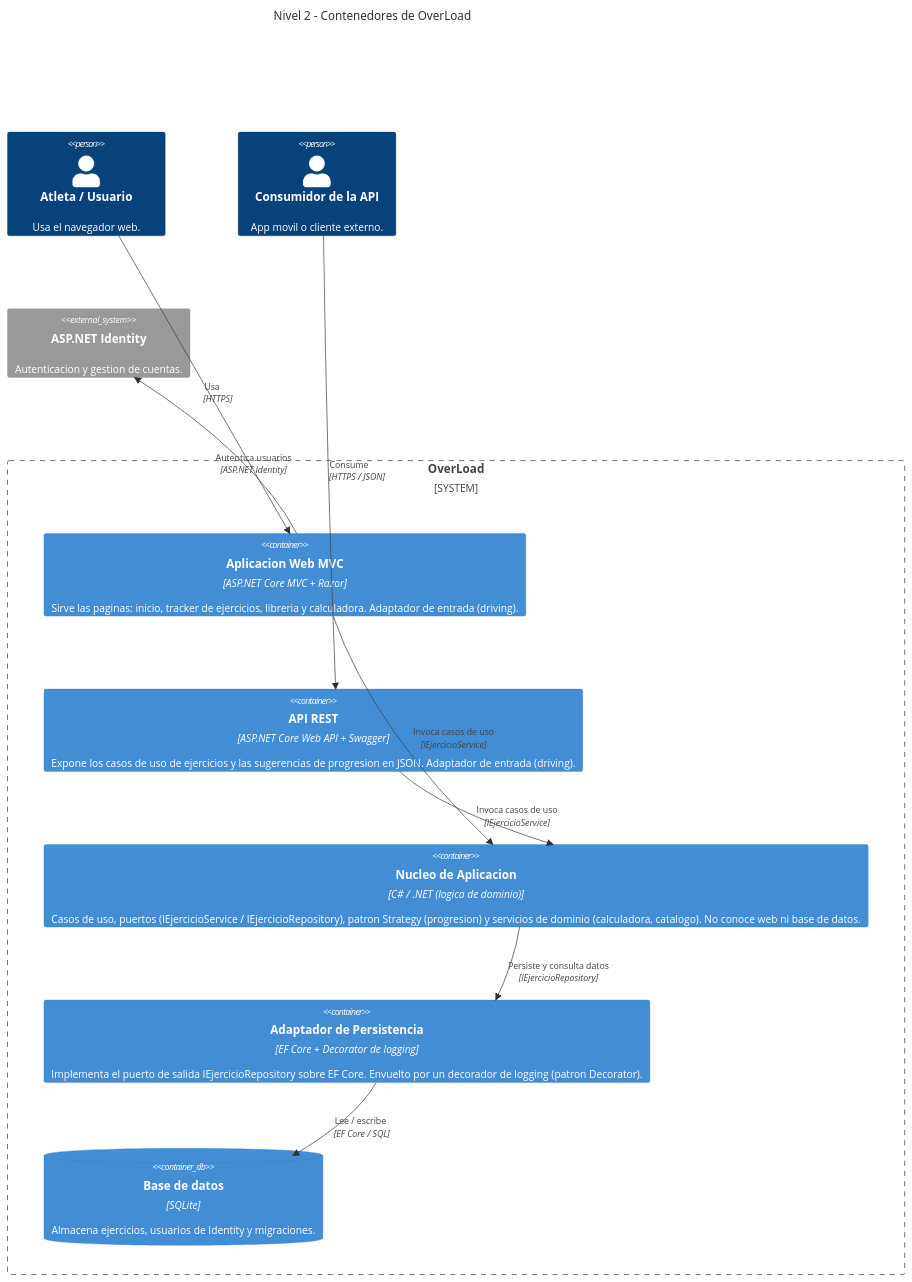
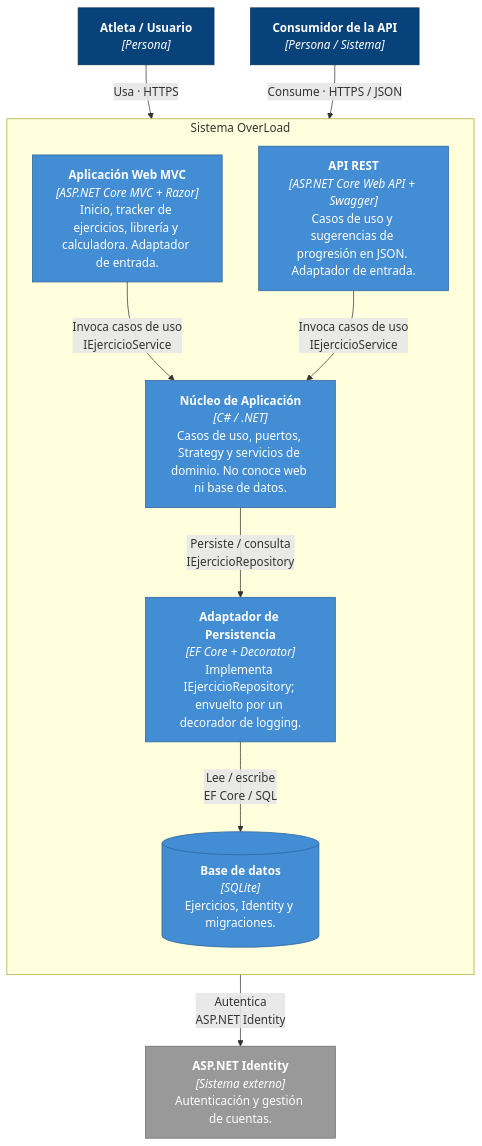
The second of 3 diagrams in docs/c4/C4-Modelo.md (Josspoot/OverLoad), drawn with Mermaid before and after one commit. The commit also changed other lines of this file, not shown here.

Commit message:
docs(c4): mejorar legibilidad de los diagramas con flowchart

````diff
--- a/docs/c4/C4-Modelo.md
+++ b/docs/c4/C4-Modelo.md
@@ -60,27 +61,30 @@
 ```mermaid
-C4Container
-    title Nivel 2 - Contenedores de OverLoad
+flowchart TB
+    atleta["<b>Atleta / Usuario</b><br/><i>[Persona]</i>"]
+    clienteApi["<b>Consumidor de la API</b><br/><i>[Persona / Sistema]</i>"]
+    identity["<b>ASP.NET Identity</b><br/><i>[Sistema externo]</i><br/>Autenticación y gestión de cuentas."]
 
-    Person(atleta, "Atleta / Usuario", "Usa el navegador web.")
-    Person(cliente_api, "Consumidor de la API", "App movil o cliente externo.")
+    subgraph overload["Sistema OverLoad"]
+        direction TB
+        web["<b>Aplicación Web MVC</b><br/><i>[ASP.NET Core MVC + Razor]</i><br/>Inicio, tracker de ejercicios, librería y calculadora. Adaptador de entrada."]
+        api["<b>API REST</b><br/><i>[ASP.NET Core Web API + Swagger]</i><br/>Casos de uso y sugerencias de progresión en JSON. Adaptador de entrada."]
+        nucleo["<b>Núcleo de Aplicación</b><br/><i>[C# / .NET]</i><br/>Casos de uso, puertos, Strategy y servicios de dominio. No conoce web ni base de datos."]
+        persistencia["<b>Adaptador de Persistencia</b><br/><i>[EF Core + Decorator]</i><br/>Implementa IEjercicioRepository; envuelto por un decorador de logging."]
+        db[("<b>Base de datos</b><br/><i>[SQLite]</i><br/>Ejercicios, Identity y migraciones.")]
+    end
 
-    System_Boundary(overload, "OverLoad") {
-        Container(web, "Aplicacion Web MVC", "ASP.NET Core MVC + Razor", "Sirve las paginas: inicio, tracker de ejercicios, libreria y calculadora. Adaptador de entrada (driving).")
-        Container(api, "API REST", "ASP.NET Core Web API + Swagger", "Expone los casos de uso de ejercicios y las sugerencias de progresion en JSON. Adaptador de entrada (driving).")
-        Container(nucleo, "Nucleo de Aplicacion", "C# / .NET (logica de dominio)", "Casos de uso, puertos (IEjercicioService / IEjercicioRepository), patron Strategy (progresion) y servicios de dominio (calculadora, catalogo). No conoce web ni base de datos.")
-        Container(persistencia, "Adaptador de Persistencia", "EF Core + Decorator de logging", "Implementa el puerto de salida IEjercicioRepository sobre EF Core. Envuelto por un decorador de logging (patron Decorator).")
-        ContainerDb(db, "Base de datos", "SQLite", "Almacena ejercicios, usuarios de Identity y migraciones.")
-    }
+    atleta -->|"Usa · HTTPS"| web
+    clienteApi -->|"Consume · HTTPS / JSON"| api
+    web -->|"Invoca casos de uso<br/>IEjercicioService"| nucleo
+    api -->|"Invoca casos de uso<br/>IEjercicioService"| nucleo
+    nucleo -->|"Persiste / consulta<br/>IEjercicioRepository"| persistencia
+    persistencia -->|"Lee / escribe<br/>EF Core / SQL"| db
+    web -->|"Autentica<br/>ASP.NET Identity"| identity
 
-    System_Ext(identity, "ASP.NET Identity", "Autenticacion y gestion de cuentas.")
-
-    Rel(atleta, web, "Usa", "HTTPS")
-    Rel(cliente_api, api, "Consume", "HTTPS / JSON")
-    Rel(web, nucleo, "Invoca casos de uso", "IEjercicioService")
-    Rel(api, nucleo, "Invoca casos de uso", "IEjercicioService")
-    Rel(nucleo, persistencia, "Persiste y consulta datos", "IEjercicioRepository")
-    Rel(persistencia, db, "Lee / escribe", "EF Core / SQL")
-    Rel(web, identity, "Autentica usuarios", "ASP.NET Identity")
-
-    UpdateLayoutConfig($c4ShapeInRow="2", $c4BoundaryInRow="1")
+    classDef persona fill:#08427b,stroke:#052e56,color:#ffffff;
+    classDef externo fill:#999999,stroke:#6b6b6b,color:#ffffff;
+    classDef contenedor fill:#438dd5,stroke:#2e6295,color:#ffffff;
+    class atleta,clienteApi persona
+    class identity externo
+    class web,api,nucleo,persistencia,db contenedor
 ```
````
